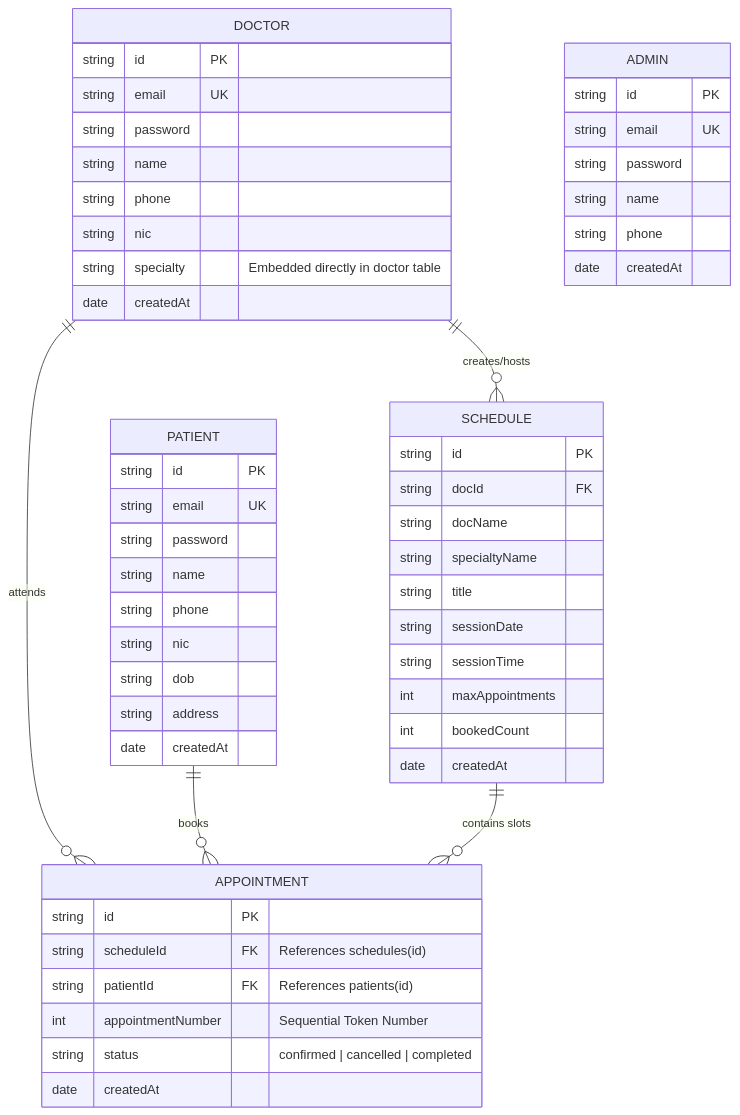
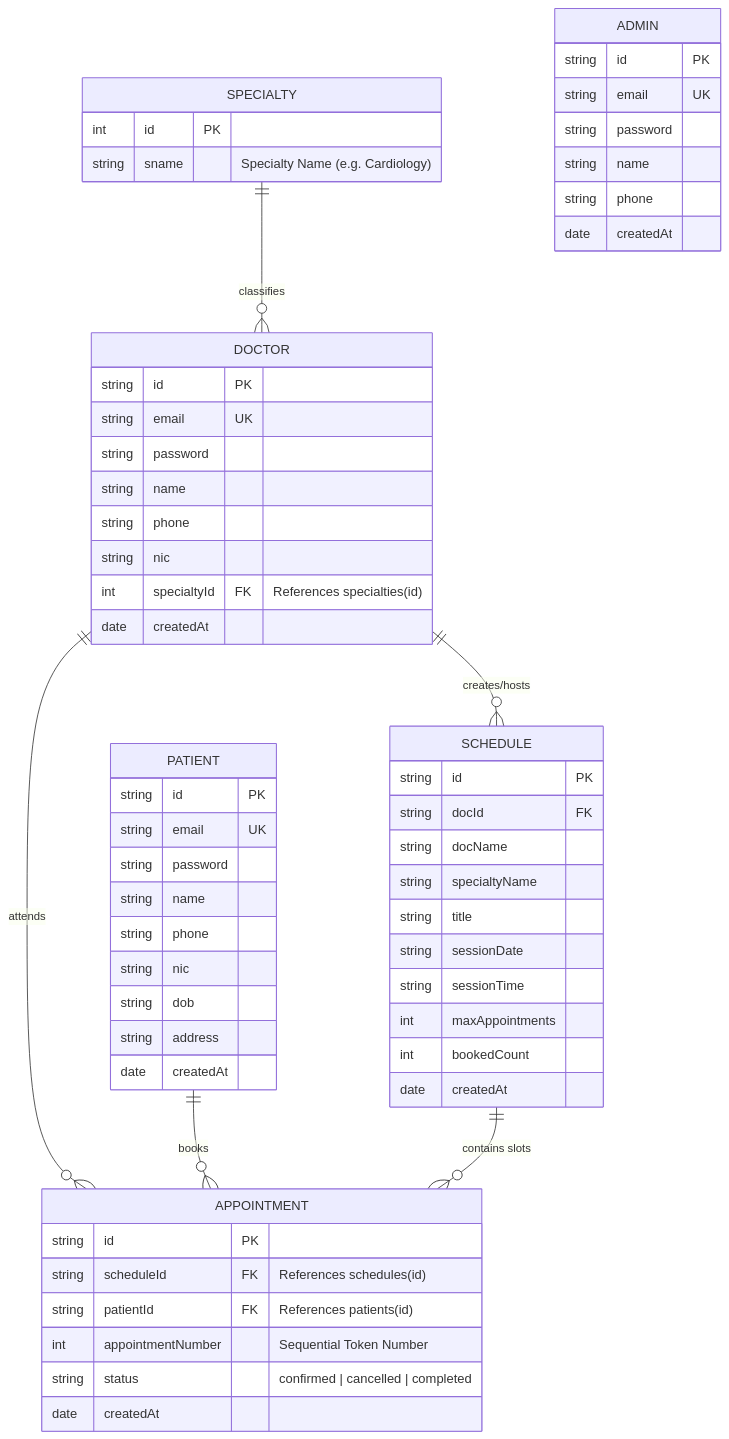
One commit to shsi1309-gif/MedFlow-Doctor_appointment_system changed the third of 3 diagrams in PROJECT_ANALYSIS_SYSTEM_DESIGN_AND_INTERVIEW_PREP.md. Above: the diagram before and after it, drawn with Mermaid. The commit also changed 3 other files, not shown here.

Commit message:
feat: restore separate specialties table and link to doctors table via specialty_id FK

````diff
--- a/PROJECT_ANALYSIS_SYSTEM_DESIGN_AND_INTERVIEW_PREP.md
+++ b/PROJECT_ANALYSIS_SYSTEM_DESIGN_AND_INTERVIEW_PREP.md
@@ -238,61 +238,67 @@
 ```mermaid
 erDiagram
+    SPECIALTY ||--o{ DOCTOR : "classifies"
     DOCTOR ||--o{ SCHEDULE : "creates/hosts"
     DOCTOR ||--o{ APPOINTMENT : "attends"
     PATIENT ||--o{ APPOINTMENT : "books"
     SCHEDULE ||--o{ APPOINTMENT : "contains slots"
+
+    SPECIALTY {
+        int id PK
+        string sname "Specialty Name (e.g. Cardiology)"
+    }
 
     ADMIN {
         string id PK
         string email UK
         string password
         string name
         string phone
         date createdAt
     }
 
     DOCTOR {
         string id PK
         string email UK
         string password
         string name
         string phone
         string nic
-        string specialty "Embedded directly in doctor table"
+        int specialtyId FK "References specialties(id)"
         date createdAt
     }
 
     PATIENT {
         string id PK
         string email UK
         string password
         string name
         string phone
         string nic
         string dob
         string address
         date createdAt
     }
 
     SCHEDULE {
         string id PK
         string docId FK
         string docName
         string specialtyName
         string title
         string sessionDate
         string sessionTime
         int maxAppointments
         int bookedCount
         date createdAt
     }
 
     APPOINTMENT {
         string id PK
         string scheduleId FK "References schedules(id)"
         string patientId FK "References patients(id)"
         int appointmentNumber "Sequential Token Number"
         string status "confirmed | cancelled | completed"
         date createdAt
     }
 ```
````
